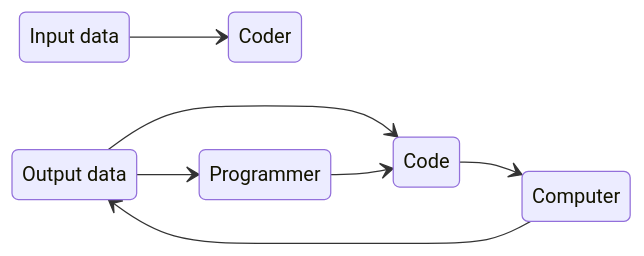
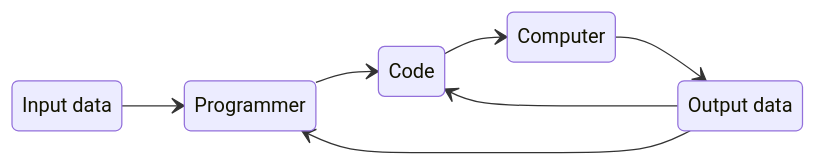
One commit to afonsky/ML-Lecture-1 changed the first of 2 diagrams in slides/1_ml_vs_ai.md. Above: the diagram before and after it, drawn with Mermaid. The commit also changed other lines of this file and 1 other file, not shown here.

Commit message:
Content and formatting fixes after the lecture.

````diff
--- a/slides/1_ml_vs_ai.md
+++ b/slides/1_ml_vs_ai.md
@@ -89,10 +89,10 @@
 ```mermaid {scale: 0.75}
 stateDiagram
     direction LR
-    Input#nbsp;data --> Coder
+    Input#nbsp;data --> Programmer
     Output#nbsp;data --> Code
     Programmer --> Code
     Code --> Computer
     Computer --> Output#nbsp;data
     Output#nbsp;data --> Programmer
 ```
````
